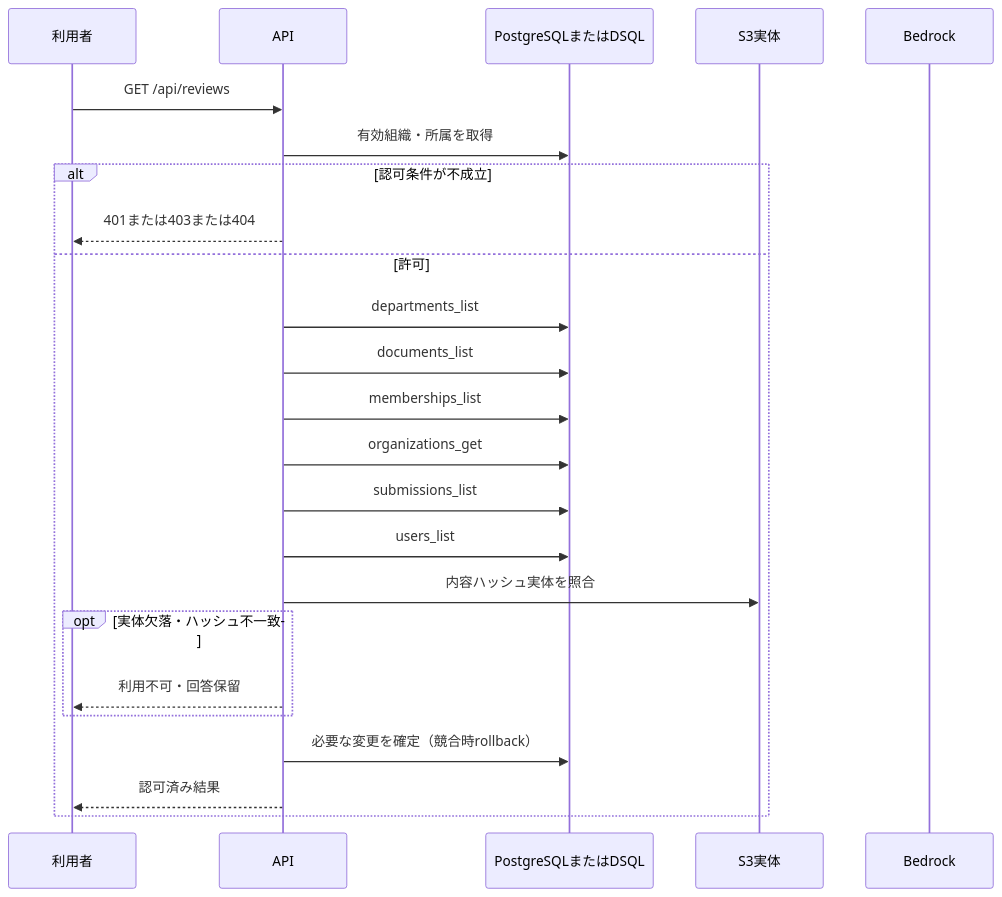
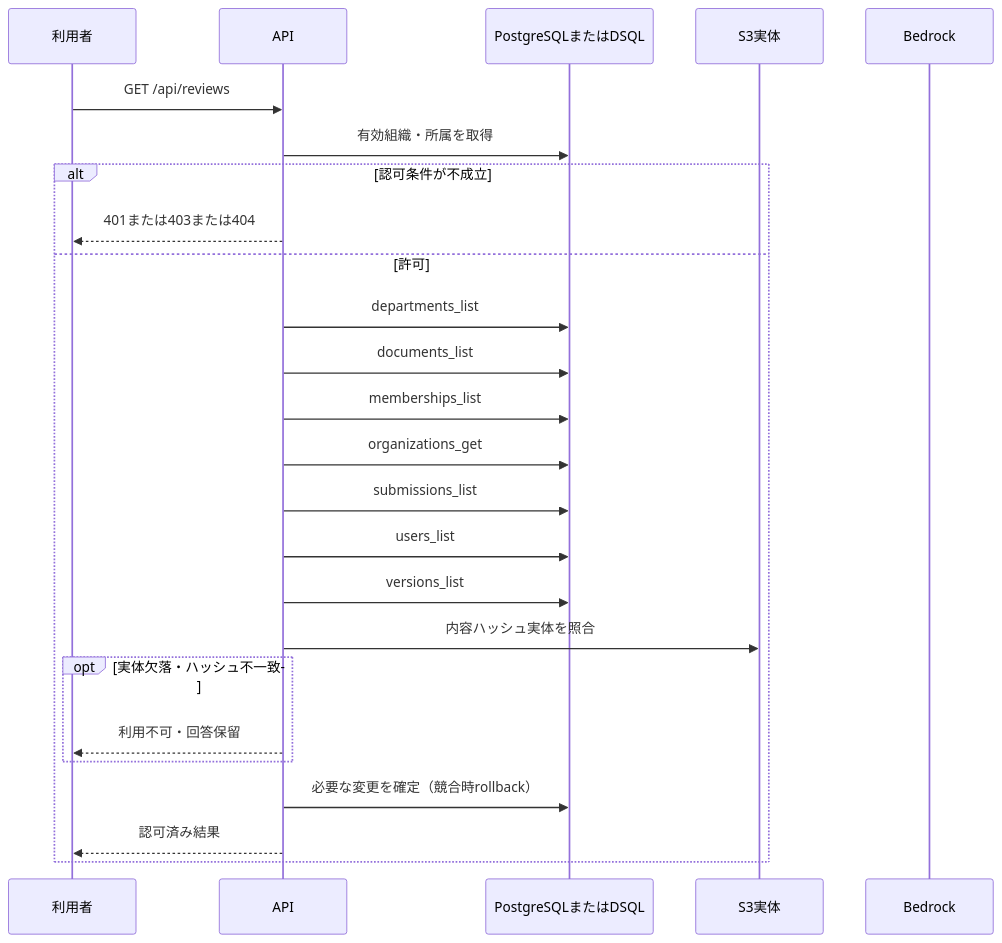
The diagram in docs/design/generated/api/list_reviews.sequence.md (tsuji-tomonori/KotoRelay), drawn with Mermaid before and after one commit. The commit also changed other lines of this file and 214 other files, not shown here.

````diff
--- a/docs/design/generated/api/list_reviews.sequence.md
+++ b/docs/design/generated/api/list_reviews.sequence.md
@@ -5,26 +5,27 @@
 ```mermaid
 sequenceDiagram
     participant U as 利用者
     participant A as API
     participant D as PostgreSQLまたはDSQL
     participant S as S3実体
     participant M as Bedrock
     U->>A: GET /api/reviews
     A->>D: 有効組織・所属を取得
     alt 認可条件が不成立
         A-->>U: 401または403または404
     else 許可
         A->>D: departments_list
         A->>D: documents_list
         A->>D: memberships_list
         A->>D: organizations_get
         A->>D: submissions_list
         A->>D: users_list
+        A->>D: versions_list
         A->>S: 内容ハッシュ実体を照合
         opt 実体欠落・ハッシュ不一致
             A-->>U: 利用不可・回答保留
         end
         A->>D: 必要な変更を確定（競合時rollback）
         A-->>U: 認可済み結果
     end
 ```
````
